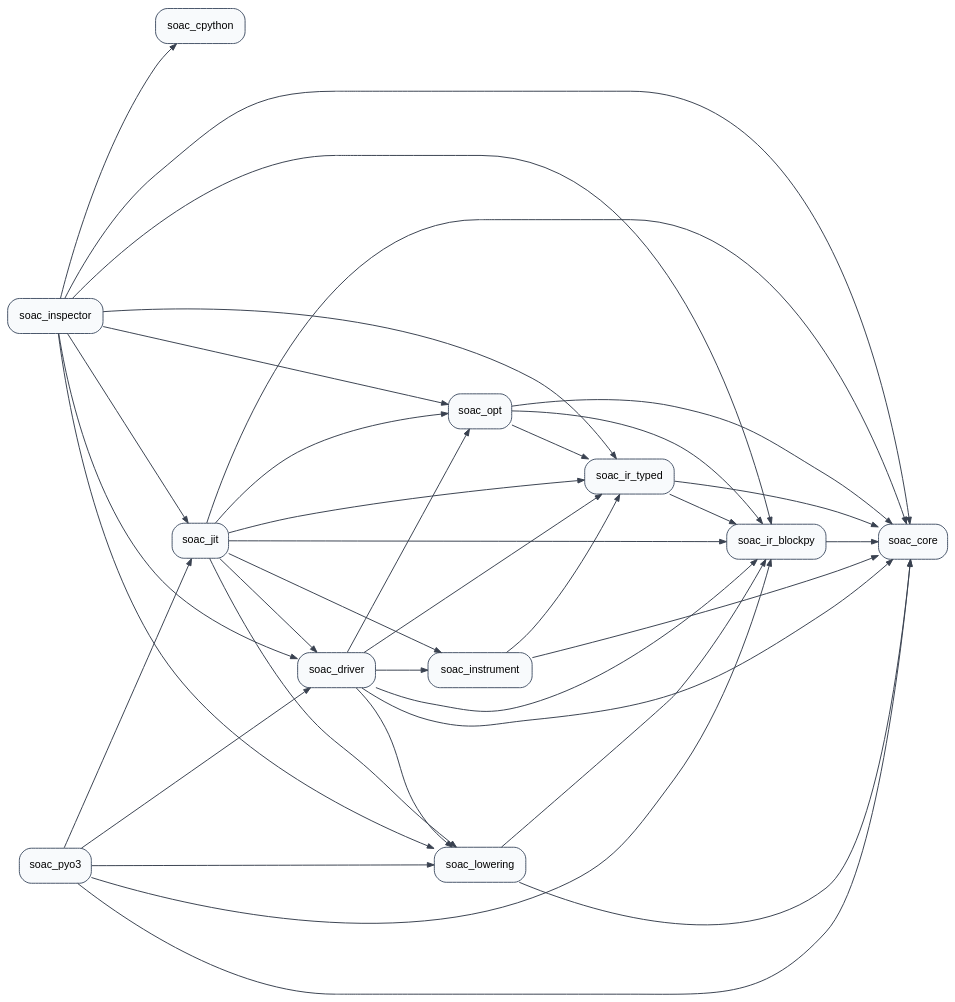
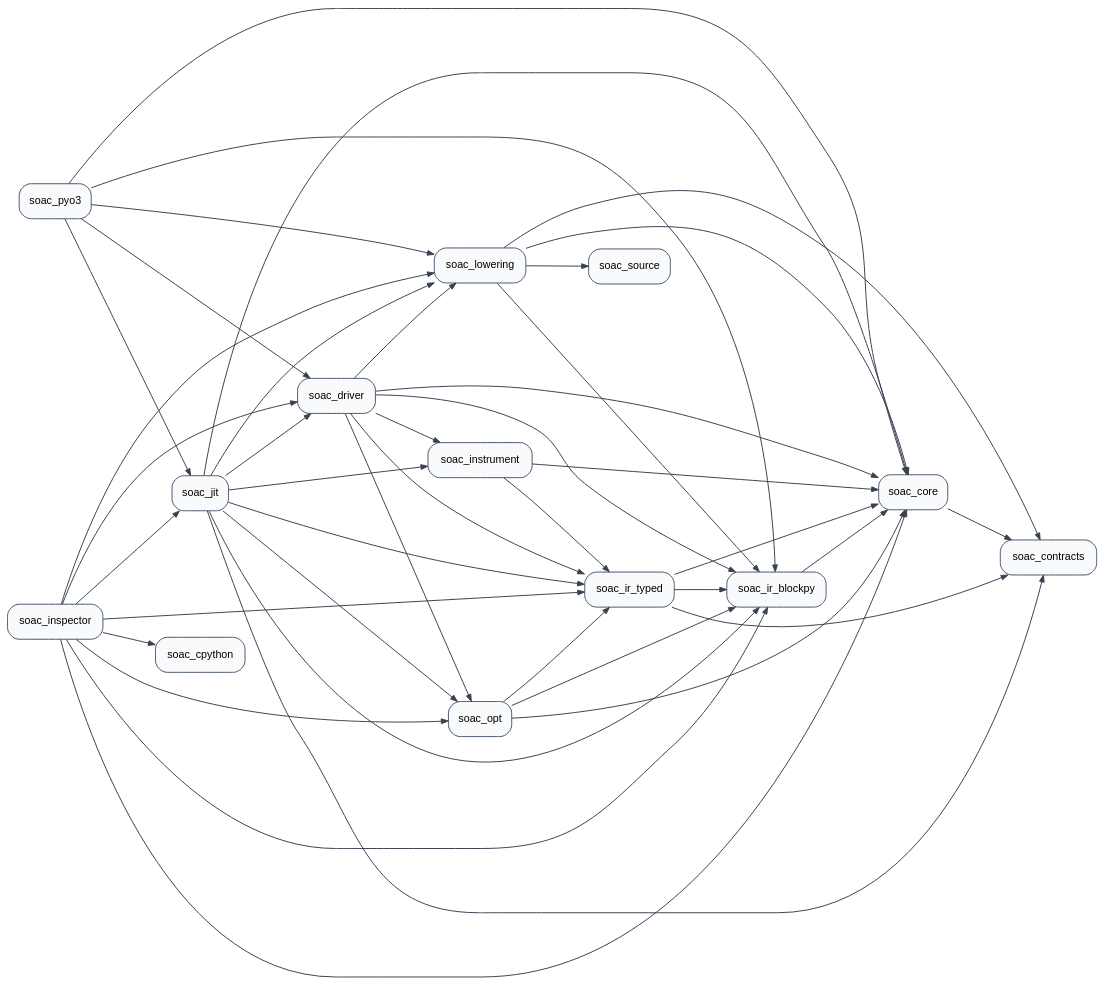
The diagram in doc/crate_dependencies.dot (ahupp/soac), drawn with Graphviz before and after one commit. The commit also changed 3 other files, not shown here.

First line of the commit message:
Regenerate strict-contract dependency locks and crate graph

```diff
--- a/doc/crate_dependencies.dot
+++ b/doc/crate_dependencies.dot
@@ -1,55 +1,62 @@
 // Generated by .codex/skills/soac-selfdoc/scripts/crate_dependency_graph.py
 digraph soac_crate_dependencies {
   graph [rankdir=LR, bgcolor="transparent", pad="0.25", nodesep="0.45", ranksep="0.75"];
   node [shape=box, style="rounded,filled", fillcolor="#f8fafc", color="#475569", fontname="Helvetica", fontsize=11];
   edge [fontname="Helvetica", fontsize=9, arrowsize=0.7];
 
+  "soac_contracts" [label="soac_contracts", tooltip="crates/soac_contracts"];
   "soac_core" [label="soac_core", tooltip="crates/soac_core"];
   "soac_cpython" [label="soac_cpython", tooltip="crates/soac_cpython"];
   "soac_driver" [label="soac_driver", tooltip="crates/soac_driver"];
   "soac_inspector" [label="soac_inspector", tooltip="crates/soac_inspector"];
   "soac_instrument" [label="soac_instrument", tooltip="crates/soac_instrument"];
   "soac_ir_blockpy" [label="soac_ir_blockpy", tooltip="crates/soac_ir_blockpy"];
   "soac_ir_typed" [label="soac_ir_typed", tooltip="crates/soac_ir_typed"];
   "soac_jit" [label="soac_jit", tooltip="crates/soac_jit"];
   "soac_lowering" [label="soac_lowering", tooltip="crates/soac_lowering"];
   "soac_opt" [label="soac_opt", tooltip="crates/soac_opt"];
   "soac_pyo3" [label="soac_pyo3", tooltip="crates/soac_pyo3"];
+  "soac_source" [label="soac_source", tooltip="crates/soac_source"];
 
+  "soac_core" -> "soac_contracts" [color="#394150"];
   "soac_driver" -> "soac_core" [color="#394150"];
   "soac_driver" -> "soac_instrument" [color="#394150"];
   "soac_driver" -> "soac_ir_blockpy" [color="#394150"];
   "soac_driver" -> "soac_ir_typed" [color="#394150"];
   "soac_driver" -> "soac_lowering" [color="#394150"];
   "soac_driver" -> "soac_opt" [color="#394150"];
   "soac_inspector" -> "soac_core" [color="#394150"];
   "soac_inspector" -> "soac_cpython" [color="#394150"];
   "soac_inspector" -> "soac_driver" [color="#394150"];
   "soac_inspector" -> "soac_ir_blockpy" [color="#394150"];
   "soac_inspector" -> "soac_ir_typed" [color="#394150"];
   "soac_inspector" -> "soac_jit" [color="#394150"];
   "soac_inspector" -> "soac_lowering" [color="#394150"];
   "soac_inspector" -> "soac_opt" [color="#394150"];
   "soac_instrument" -> "soac_core" [color="#394150"];
   "soac_instrument" -> "soac_ir_typed" [color="#394150"];
   "soac_ir_blockpy" -> "soac_core" [color="#394150"];
+  "soac_ir_typed" -> "soac_contracts" [color="#394150"];
   "soac_ir_typed" -> "soac_core" [color="#394150"];
   "soac_ir_typed" -> "soac_ir_blockpy" [color="#394150"];
+  "soac_jit" -> "soac_contracts" [color="#394150"];
   "soac_jit" -> "soac_core" [color="#394150"];
   "soac_jit" -> "soac_driver" [color="#394150"];
   "soac_jit" -> "soac_instrument" [color="#394150"];
   "soac_jit" -> "soac_ir_blockpy" [color="#394150"];
   "soac_jit" -> "soac_ir_typed" [color="#394150"];
   "soac_jit" -> "soac_lowering" [color="#394150"];
   "soac_jit" -> "soac_opt" [color="#394150"];
+  "soac_lowering" -> "soac_contracts" [color="#394150"];
   "soac_lowering" -> "soac_core" [color="#394150"];
   "soac_lowering" -> "soac_ir_blockpy" [color="#394150"];
+  "soac_lowering" -> "soac_source" [color="#394150"];
   "soac_opt" -> "soac_core" [color="#394150"];
   "soac_opt" -> "soac_ir_blockpy" [color="#394150"];
   "soac_opt" -> "soac_ir_typed" [color="#394150"];
   "soac_pyo3" -> "soac_core" [color="#394150"];
   "soac_pyo3" -> "soac_driver" [color="#394150"];
   "soac_pyo3" -> "soac_ir_blockpy" [color="#394150"];
   "soac_pyo3" -> "soac_jit" [color="#394150"];
   "soac_pyo3" -> "soac_lowering" [color="#394150"];
 }
```
